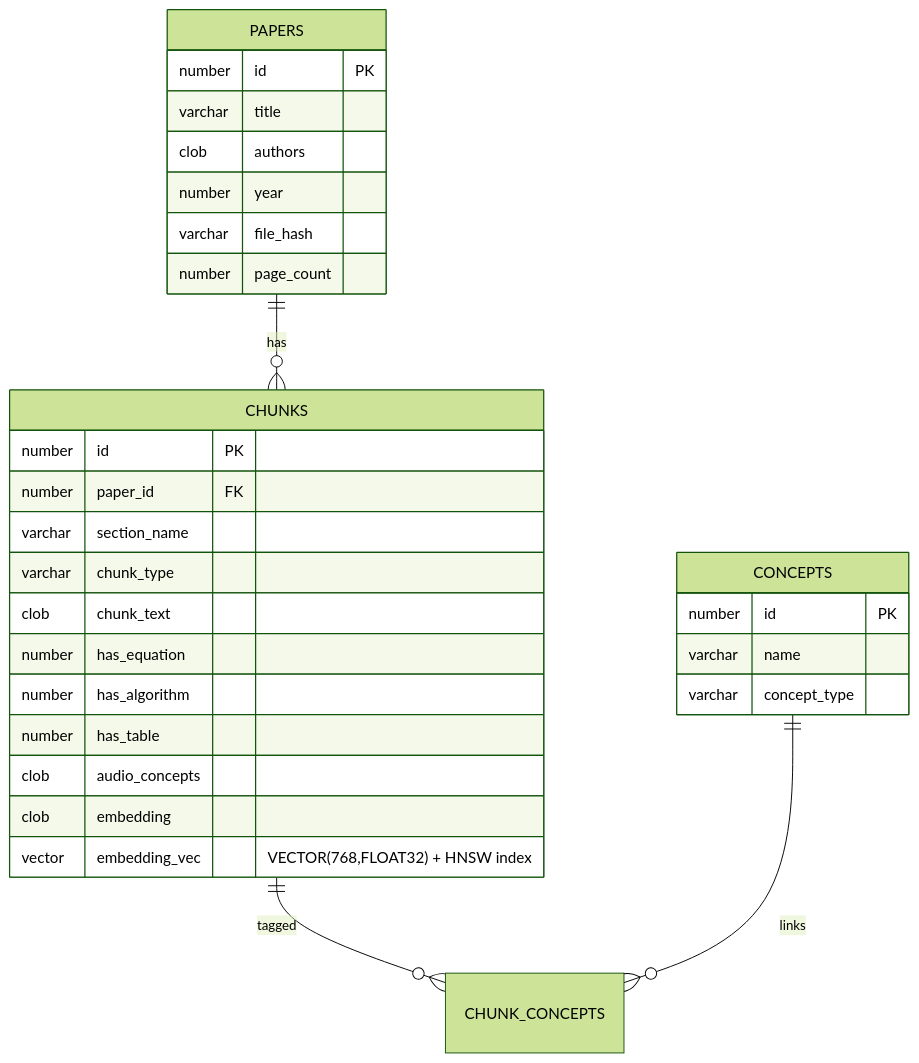
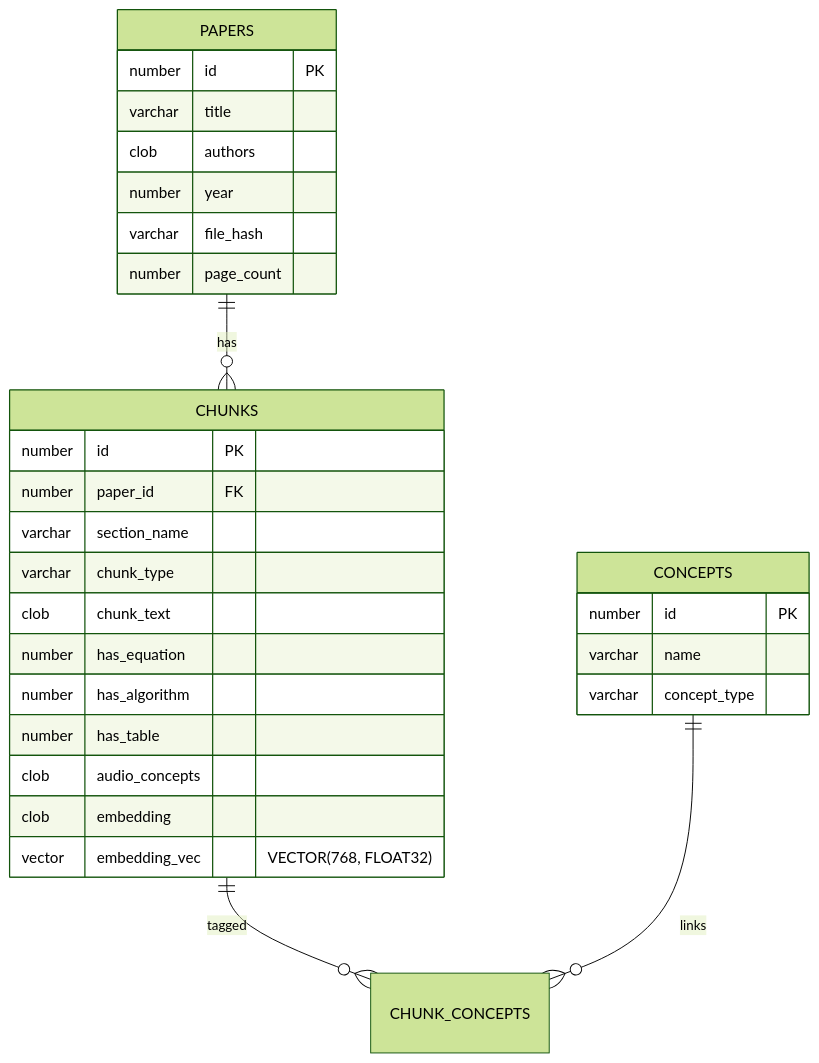
Before and after one commit to anistondeveloperteam-ANT/Audio-research-assistant: the fifth of 5 diagrams in docs/PIPELINE.md, drawn with Mermaid (forest theme). The commit also changed other lines of this file and 20 other files, not shown here.

````diff
--- a/docs/PIPELINE.md
+++ b/docs/PIPELINE.md
@@ -282,33 +286,33 @@
 ```mermaid
 erDiagram
     PAPERS ||--o{ CHUNKS : has
     CHUNKS ||--o{ CHUNK_CONCEPTS : tagged
     CONCEPTS ||--o{ CHUNK_CONCEPTS : links
 
     PAPERS {
         number id PK
         varchar title
         clob authors
         number year
         varchar file_hash
         number page_count
     }
     CHUNKS {
         number id PK
         number paper_id FK
         varchar section_name
         varchar chunk_type
         clob chunk_text
         number has_equation
         number has_algorithm
         number has_table
         clob audio_concepts
         clob embedding
-        vector embedding_vec "VECTOR(768,FLOAT32) + HNSW index"
+        vector embedding_vec "VECTOR(768, FLOAT32)"
     }
     CONCEPTS {
         number id PK
         varchar name
         varchar concept_type
     }
 ```
````
